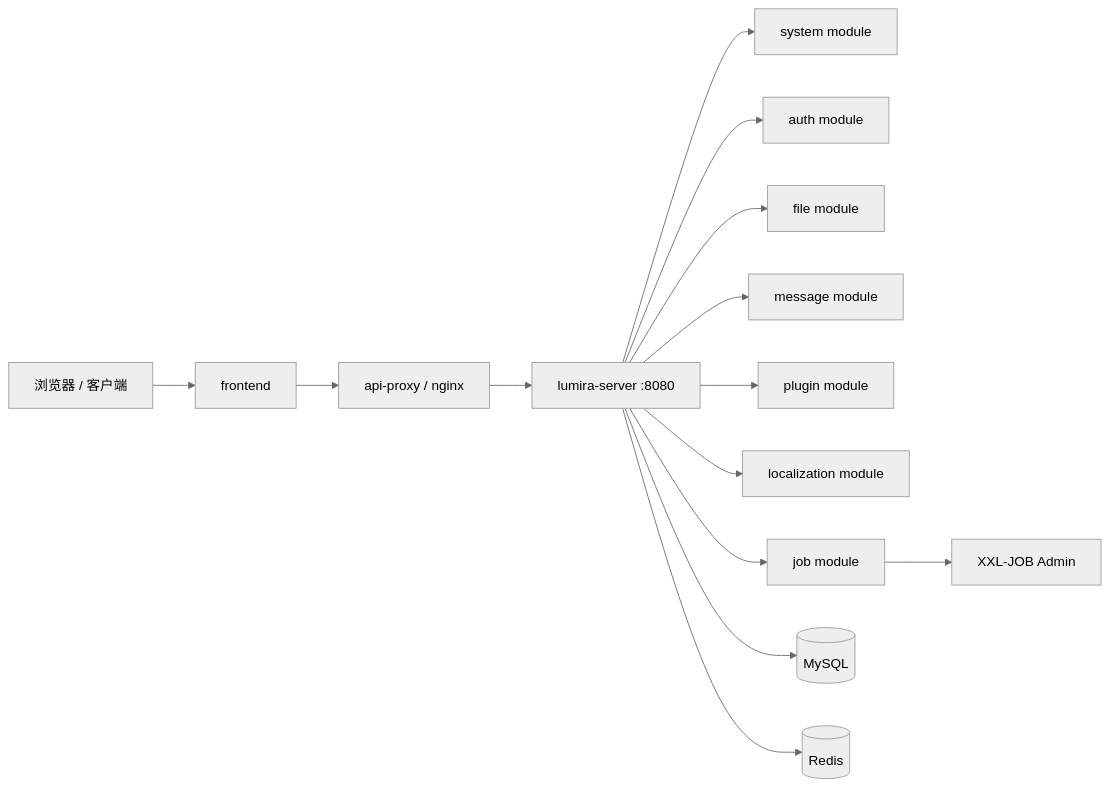
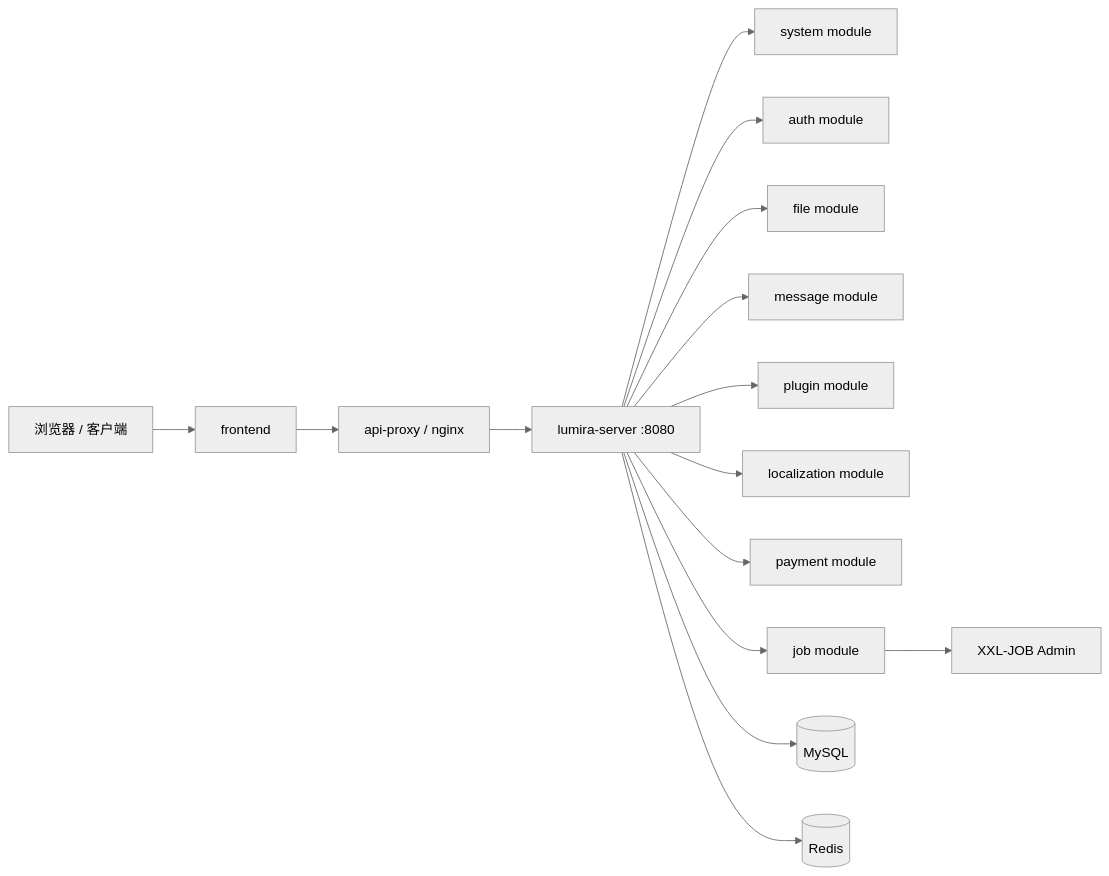
Before and after one commit to Elexvx/Lumira: the diagram in README.md, drawn with Mermaid (neutral theme). The commit also changed other lines of this file, not shown here.

````diff
--- a/README.md
+++ b/README.md
@@ -32,16 +28,17 @@
 ```mermaid
 flowchart LR
   U["浏览器 / 客户端"] --> F["frontend"]
   F --> P["api-proxy / nginx"]
   P --> L["lumira-server :8080"]
   L --> S["system module"]
   L --> A["auth module"]
   L --> Fi["file module"]
   L --> M["message module"]
   L --> Pl["plugin module"]
   L --> I18n["localization module"]
+  L --> Pay["payment module"]
   L --> J["job module"]
   L --> DB[("MySQL")]
   L --> R[("Redis")]
   J --> X["XXL-JOB Admin"]
 ```
````
